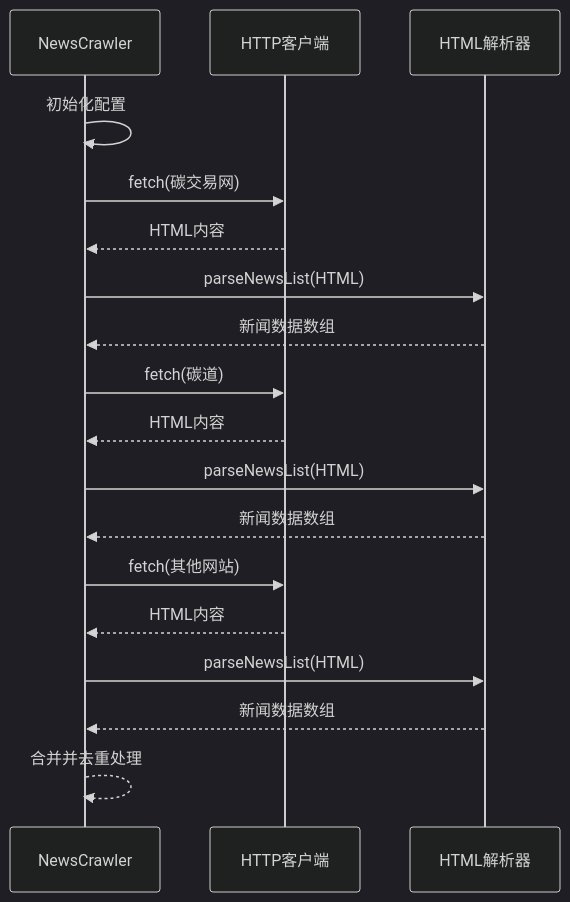
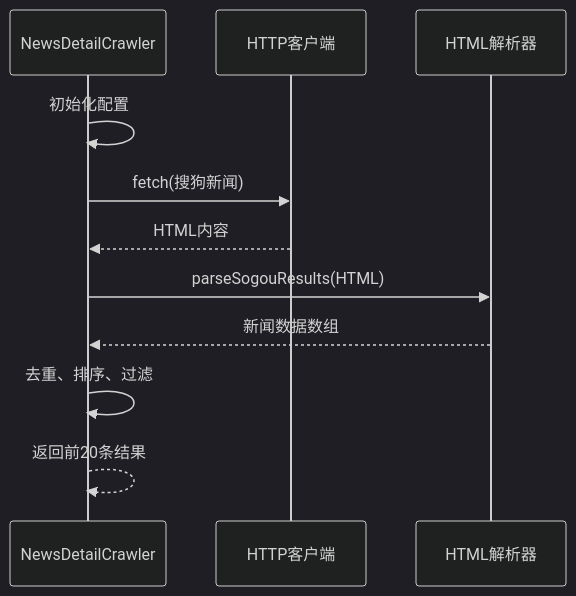
The ninth of 16 diagrams in .qoder/repowiki/zh/content/部署与维护/自动化每日报告系统.md (liangxuanliang-cmd/carbon-info-agent), drawn with Mermaid (dark theme) before and after one commit. The commit also changed other lines of this file and 21 other files, not shown here.

````diff
--- a/.qoder/repowiki/zh/content/部署与维护/自动化每日报告系统.md
+++ b/.qoder/repowiki/zh/content/部署与维护/自动化每日报告系统.md
@@ -419,20 +407,13 @@
 ```mermaid
 sequenceDiagram
-participant Crawler as NewsCrawler
+participant Crawler as NewsDetailCrawler
 participant HTTP as HTTP客户端
 participant Parser as HTML解析器
 Crawler->>Crawler : 初始化配置
-Crawler->>HTTP : fetch(碳交易网)
+Crawler->>HTTP : fetch(搜狗新闻)
 HTTP-->>Crawler : HTML内容
-Crawler->>Parser : parseNewsList(HTML)
+Crawler->>Parser : parseSogouResults(HTML)
 Parser-->>Crawler : 新闻数据数组
-Crawler->>HTTP : fetch(碳道)
-HTTP-->>Crawler : HTML内容
-Crawler->>Parser : parseNewsList(HTML)
-Parser-->>Crawler : 新闻数据数组
-Crawler->>HTTP : fetch(其他网站)
-HTTP-->>Crawler : HTML内容
-Crawler->>Parser : parseNewsList(HTML)
-Parser-->>Crawler : 新闻数据数组
-Crawler-->>Crawler : 合并并去重处理
+Crawler->>Crawler : 去重、排序、过滤
+Crawler-->>Crawler : 返回前20条结果
 ```
````
